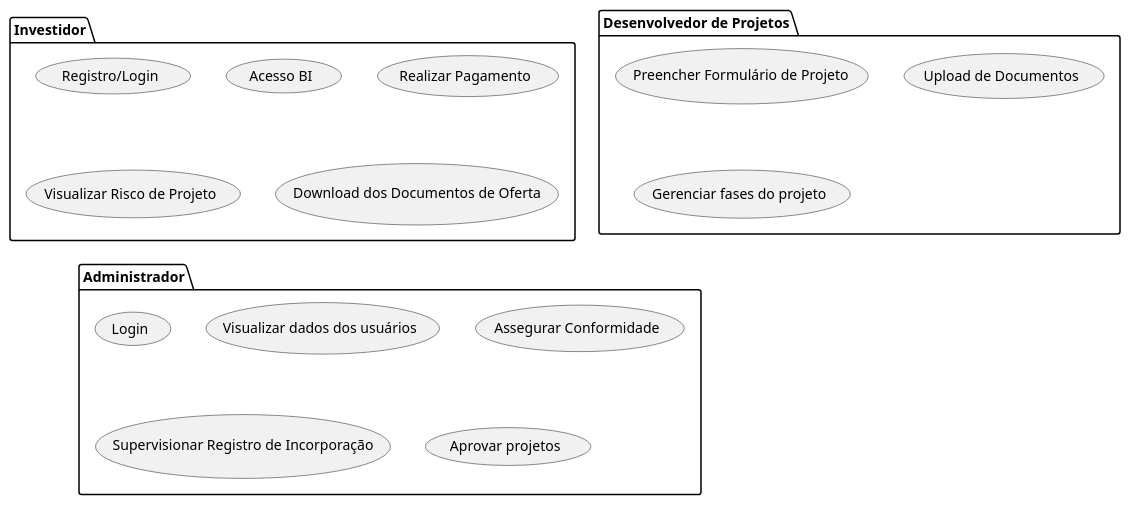
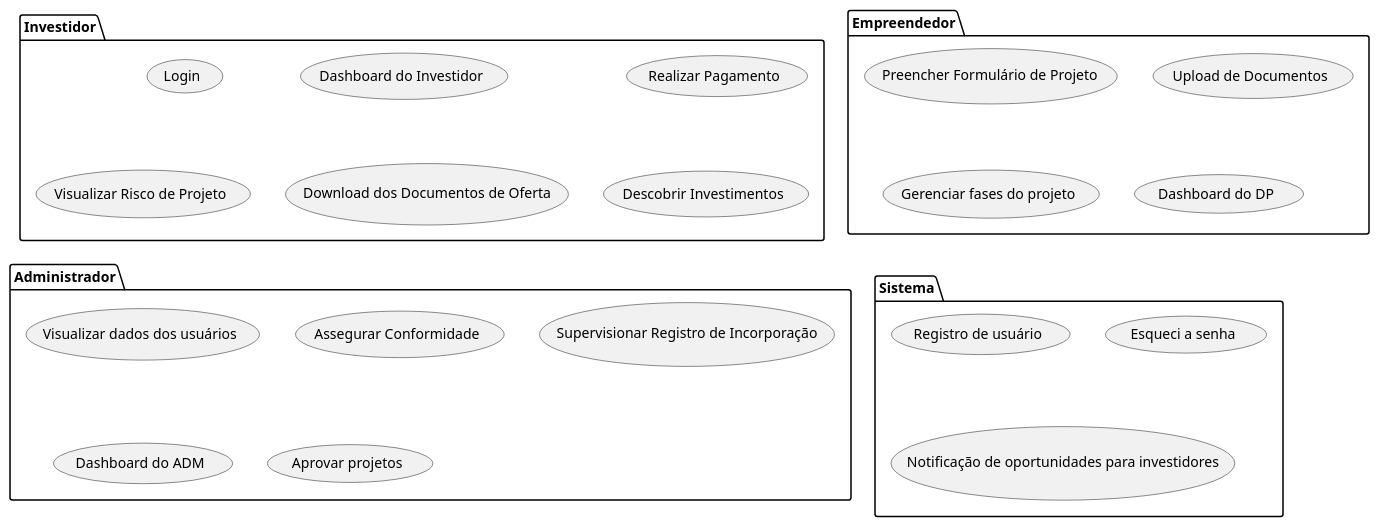
The diagram in Diagramas/diagrama-de-pacote.puml (rafaelbsfarias/mata63), drawn with PlantUML before and after one commit. The commit also changed 8 other files, not shown here.

```diff
--- a/Diagramas/diagrama-de-pacote.puml
+++ b/Diagramas/diagrama-de-pacote.puml
@@ -1,25 +1,33 @@
 @startuml
 package "Investidor" {
-  (Registro/Login)
-  (Acesso BI)
+  (Login)
+  (Dashboard do Investidor)
   (Realizar Pagamento)
   (Visualizar Risco de Projeto)
   (Download dos Documentos de Oferta)
+  (Descobrir Investimentos)
 }
 
-package "Desenvolvedor de Projetos" {
-  (Registro/Login)
+package "Empreendedor" {
+  (Login)
   (Preencher Formulário de Projeto)
   (Upload de Documentos)
   (Gerenciar fases do projeto)
+  (Dashboard do DP)
 }
 
 package "Administrador" {
   (Login)
   (Visualizar dados dos usuários)
   (Assegurar Conformidade)
   (Supervisionar Registro de Incorporação)
-  (Acesso BI)
+  (Dashboard do ADM)
   (Aprovar projetos)
 }
+
+package "Sistema" {
+  (Registro de usuário)
+  (Esqueci a senha)
+  (Notificação de oportunidades para investidores)
+}
 @enduml
```
